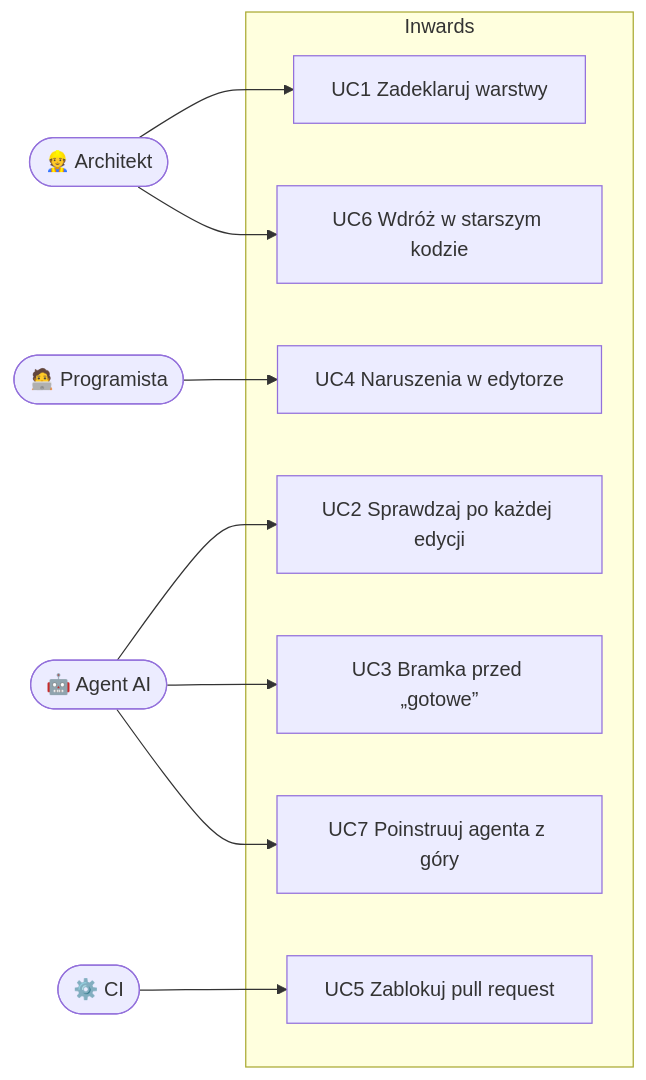
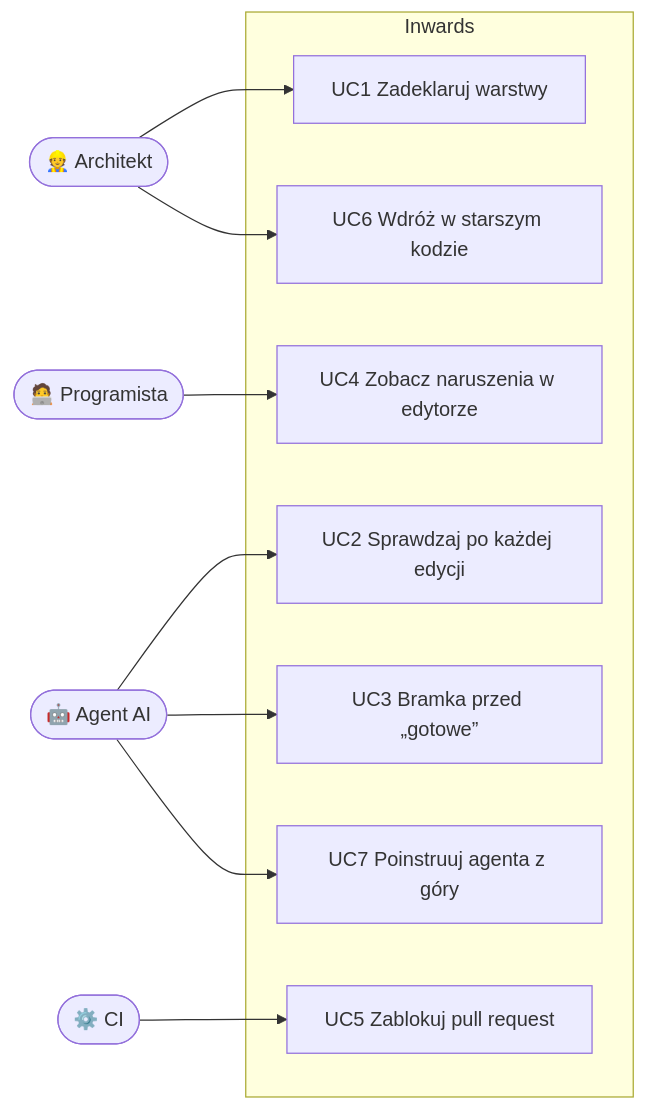
The diagram in docs/pl/02-Business-Context.md (SirCypkowskyy/inwards), drawn with Mermaid before and after one commit. The commit also changed other lines of this file and 21 other files, not shown here.

````diff
--- a/docs/pl/02-Business-Context.md
+++ b/docs/pl/02-Business-Context.md
@@ -249,25 +249,25 @@
 ```mermaid
 flowchart LR
     arch(["👷 Architekt"])
     dev(["🧑‍💻 Programista"])
     agent(["🤖 Agent AI"])
     ci(["⚙️ CI"])
 
     subgraph S["Inwards"]
         UC1["UC1 Zadeklaruj warstwy"]
         UC2["UC2 Sprawdzaj po każdej edycji"]
         UC3["UC3 Bramka przed „gotowe”"]
-        UC4["UC4 Naruszenia w edytorze"]
+        UC4["UC4 Zobacz naruszenia w edytorze"]
         UC5["UC5 Zablokuj pull request"]
         UC6["UC6 Wdróż w starszym kodzie"]
         UC7["UC7 Poinstruuj agenta z góry"]
     end
 
     arch --> UC1
     arch --> UC6
     agent --> UC2
     agent --> UC3
     agent --> UC7
     dev --> UC4
     ci --> UC5
 ```
````
